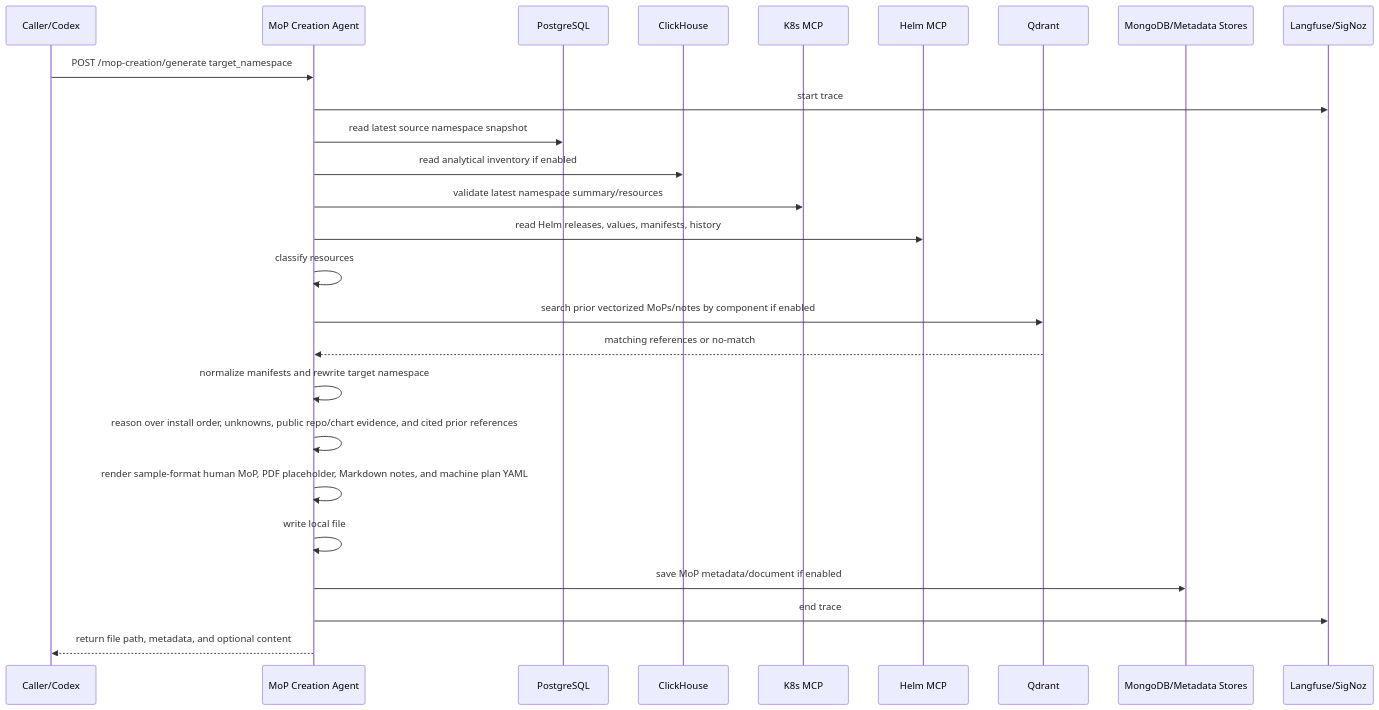
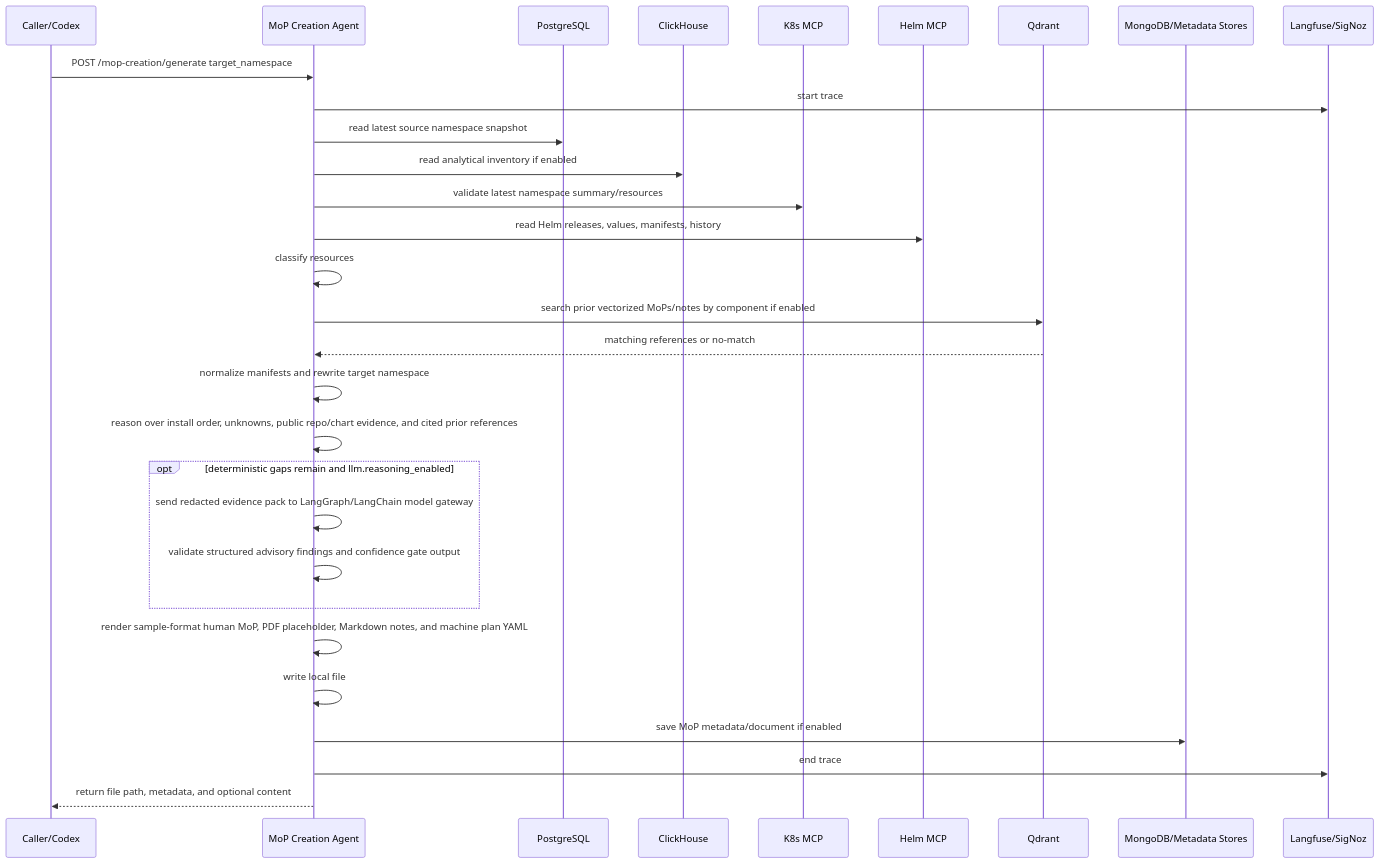
One commit to aveeshek/bosgenesis-mop-creation-agent changed the second of 5 diagrams in docs/02_HLD_MOP_CREATION_AGENT.md. Above: the diagram before and after it, drawn with Mermaid. The commit also changed other lines of this file and 21 other files, not shown here.

Commit message:
Implement phase 10 bounded LLM reasoning

````diff
--- a/docs/02_HLD_MOP_CREATION_AGENT.md
+++ b/docs/02_HLD_MOP_CREATION_AGENT.md
@@ -80,29 +80,33 @@
 ```mermaid
 sequenceDiagram
     participant C as Caller/Codex
     participant A as MoP Creation Agent
     participant PG as PostgreSQL
     participant CH as ClickHouse
     participant K as K8s MCP
     participant H as Helm MCP
     participant Q as Qdrant
     participant M as MongoDB/Metadata Stores
     participant O as Langfuse/SigNoz
 
     C->>A: POST /mop-creation/generate target_namespace
     A->>O: start trace
     A->>PG: read latest source namespace snapshot
     A->>CH: read analytical inventory if enabled
     A->>K: validate latest namespace summary/resources
     A->>H: read Helm releases, values, manifests, history
     A->>A: classify resources
     A->>Q: search prior vectorized MoPs/notes by component if enabled
     Q-->>A: matching references or no-match
     A->>A: normalize manifests and rewrite target namespace
     A->>A: reason over install order, unknowns, public repo/chart evidence, and cited prior references
+    opt deterministic gaps remain and llm.reasoning_enabled
+        A->>A: send redacted evidence pack to LangGraph/LangChain model gateway
+        A->>A: validate structured advisory findings and confidence gate output
+    end
     A->>A: render sample-format human MoP, PDF placeholder, Markdown notes, and machine plan YAML
     A->>A: write local file
     A->>M: save MoP metadata/document if enabled
     A->>O: end trace
     A-->>C: return file path, metadata, and optional content
 ```
````
